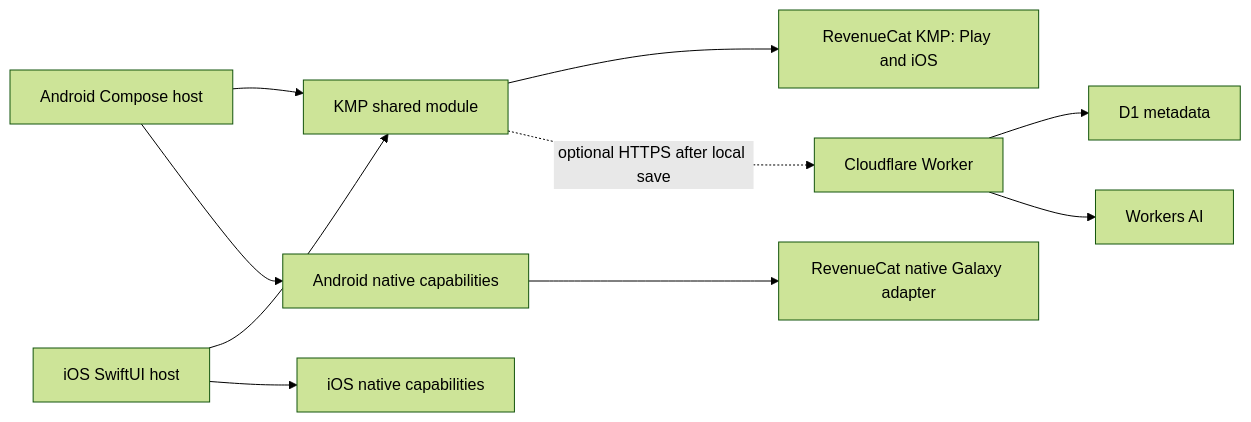
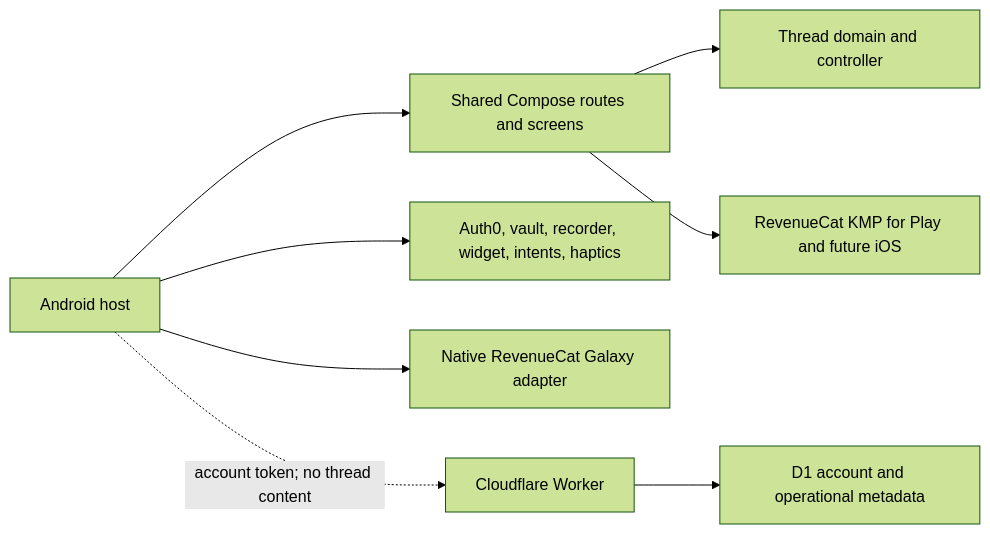
One commit to Tec94/revenue-cat-2026 changed the diagram in restart-thread/KMP_ARCHITECTURE.md. Above: the diagram before and after it, drawn with Mermaid (forest theme). The commit also changed other lines of this file and 42 other files, not shown here.

````diff
--- a/restart-thread/KMP_ARCHITECTURE.md
+++ b/restart-thread/KMP_ARCHITECTURE.md
@@ -10,12 +9,10 @@
 ```mermaid
 flowchart LR
-    A["Android Compose host"] --> S["KMP shared module"]
-    I["iOS SwiftUI host"] --> S
-    A --> AN["Android native capabilities"]
-    I --> IN["iOS native capabilities"]
-    S --> R["RevenueCat KMP: Play and iOS"]
-    AN --> G["RevenueCat native Galaxy adapter"]
-    S -. "optional HTTPS after local save" .-> C["Cloudflare Worker"]
-    C --> D["D1 metadata"]
-    C --> W["Workers AI"]
+    UI["Shared Compose routes and screens"] --> D["Thread domain and controller"]
+    A["Android host"] --> UI
+    A --> N["Auth0, vault, recorder, widget, intents, haptics"]
+    UI --> RK["RevenueCat KMP for Play and future iOS"]
+    A --> RG["Native RevenueCat Galaxy adapter"]
+    A -. "account token; no thread content" .-> C["Cloudflare Worker"]
+    C --> DB["D1 account and operational metadata"]
 ```
````
